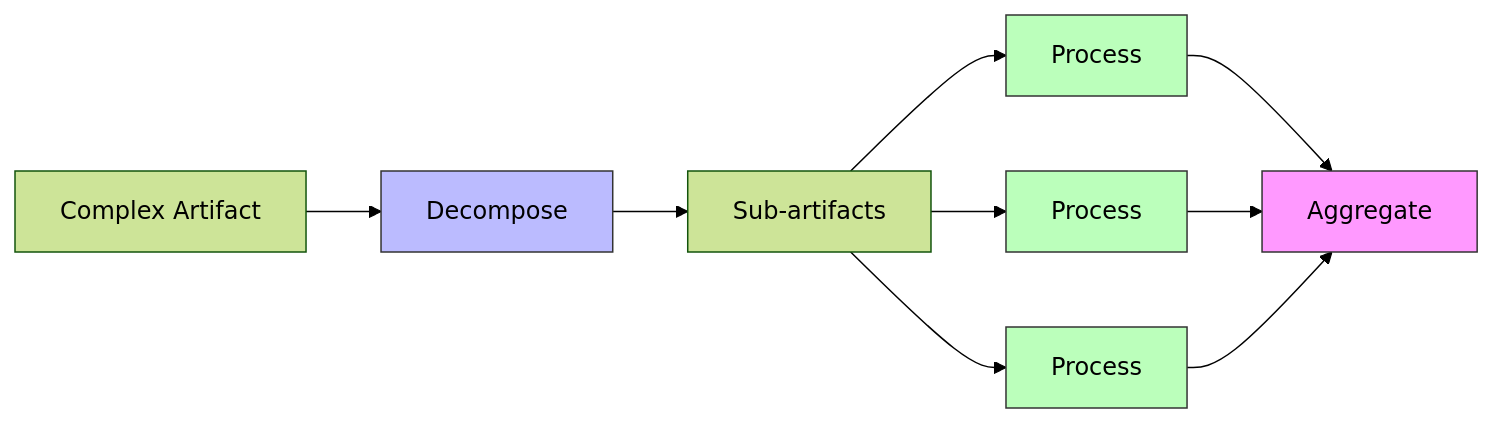
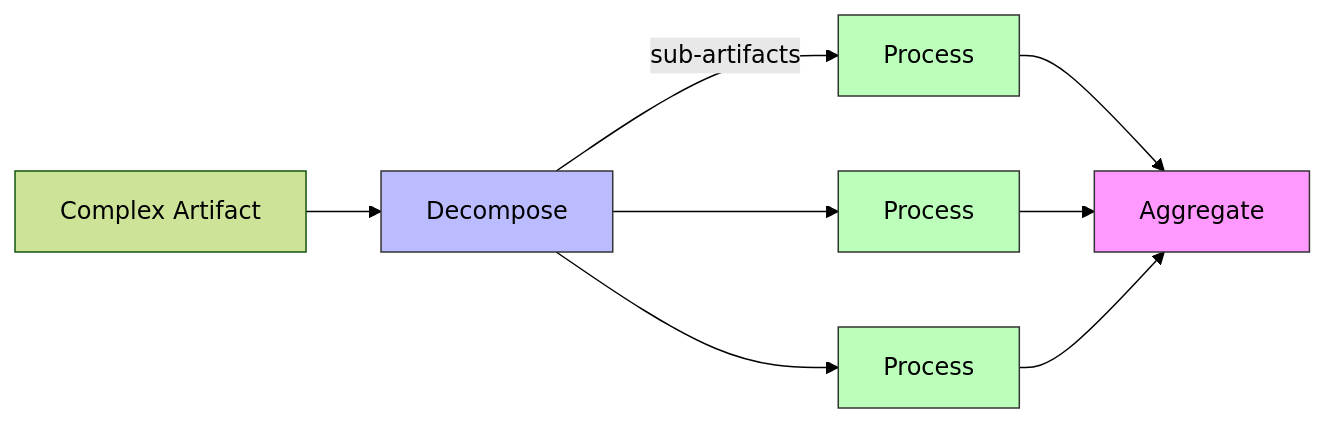
The seventh of 8 diagrams in framework-design.md (jrlangford/loop), drawn with Mermaid (forest theme) before and after one commit. The commit also changed other lines of this file and 11 other files, not shown here.

First line of the commit message:
Align diagrams with describe skill conventions and clarify Evaluate vs Gate

````diff
--- a/framework-design.md
+++ b/framework-design.md
@@ -727,13 +710,10 @@
 ```mermaid
-graph LR
-    CA["Complex Artifact"] --> DEC["Decompose"] --> SA["Sub-artifacts"]
-    SA --> P1["Process"] --> AGG["Aggregate"]
-    SA --> P2["Process"] --> AGG
-    SA --> P3["Process"] --> AGG
+flowchart LR
+    classDef stage fill:#bbf,stroke:#333
+    classDef worker fill:#bfb,stroke:#333
+    classDef merge fill:#f9f,stroke:#333
 
-    style DEC fill:#bbf,stroke:#333
-    style P1 fill:#bfb,stroke:#333
-    style P2 fill:#bfb,stroke:#333
-    style P3 fill:#bfb,stroke:#333
-    style AGG fill:#f9f,stroke:#333
+    CA["Complex Artifact"] --> DEC["Decompose"]:::stage -->|sub-artifacts| P1["Process"]:::worker --> AGG["Aggregate"]:::merge
+    DEC --> P2["Process"]:::worker --> AGG
+    DEC --> P3["Process"]:::worker --> AGG
 ```
````
